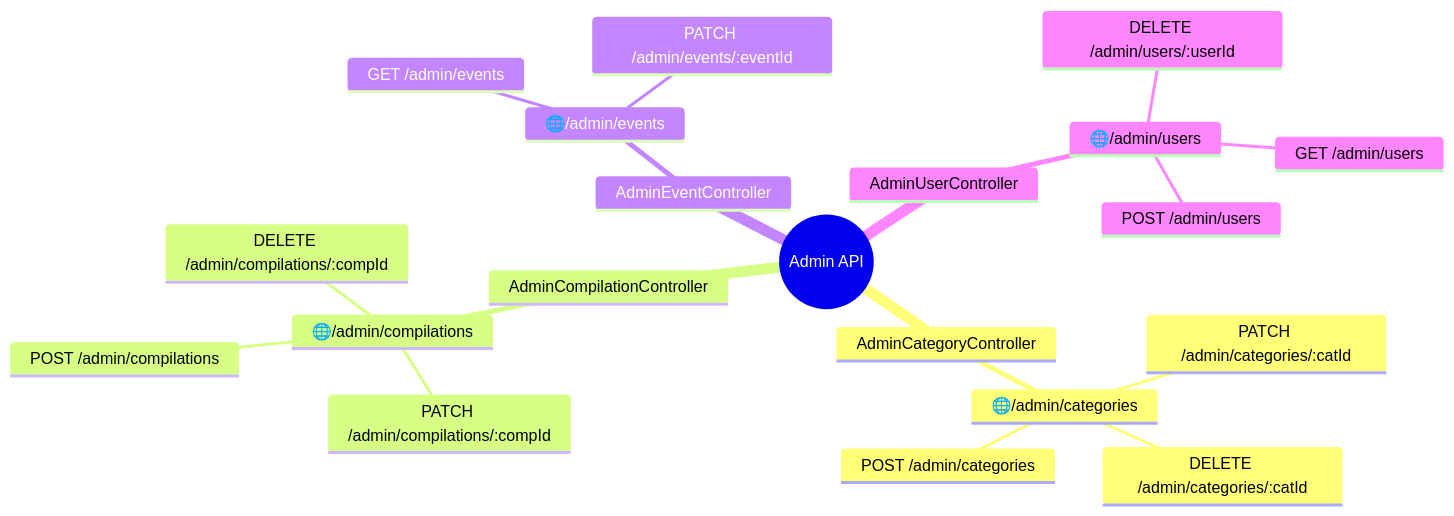
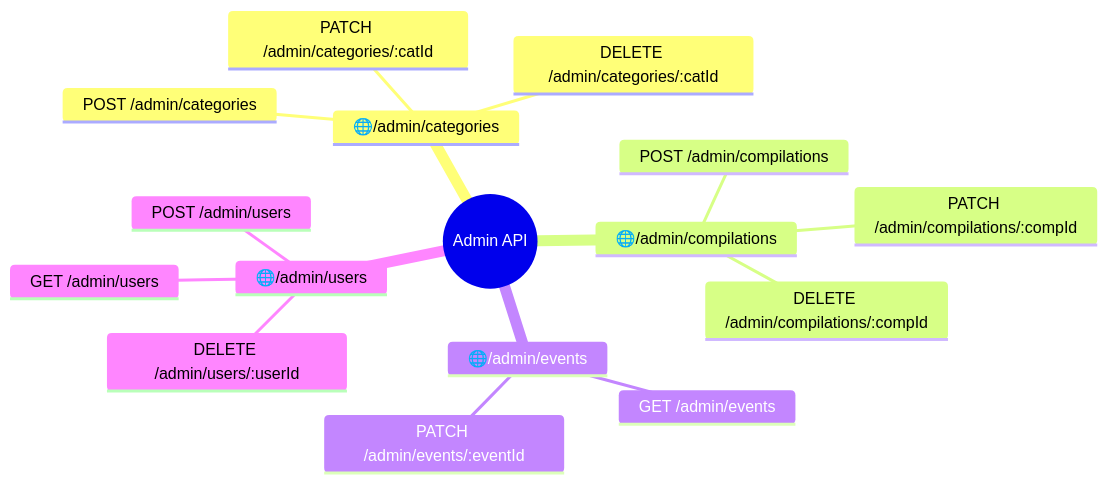
Before and after one commit to AleksOBM/java-explore-with-me-plus: the third of 4 diagrams in readme.md, drawn with Mermaid. The commit also changed other lines of this file, not shown here.

````diff
--- a/readme.md
+++ b/readme.md
@@ -85,23 +80,19 @@
 ```mermaid
 mindmap
   root((Admin API))
-    AdminCategoryController
       🌐/admin/categories
         DELETE /admin/categories/:catId
         PATCH /admin/categories/:catId
         POST /admin/categories
-    AdminCompilationController
       🌐/admin/compilations
         DELETE /admin/compilations/:compId
         PATCH /admin/compilations/:compId
         POST /admin/compilations
-    AdminEventController
       🌐/admin/events
         GET /admin/events
         PATCH /admin/events/:eventId
-    AdminUserController
       🌐/admin/users
         DELETE /admin/users/:userId
         GET /admin/users
         POST /admin/users
 ```
````
